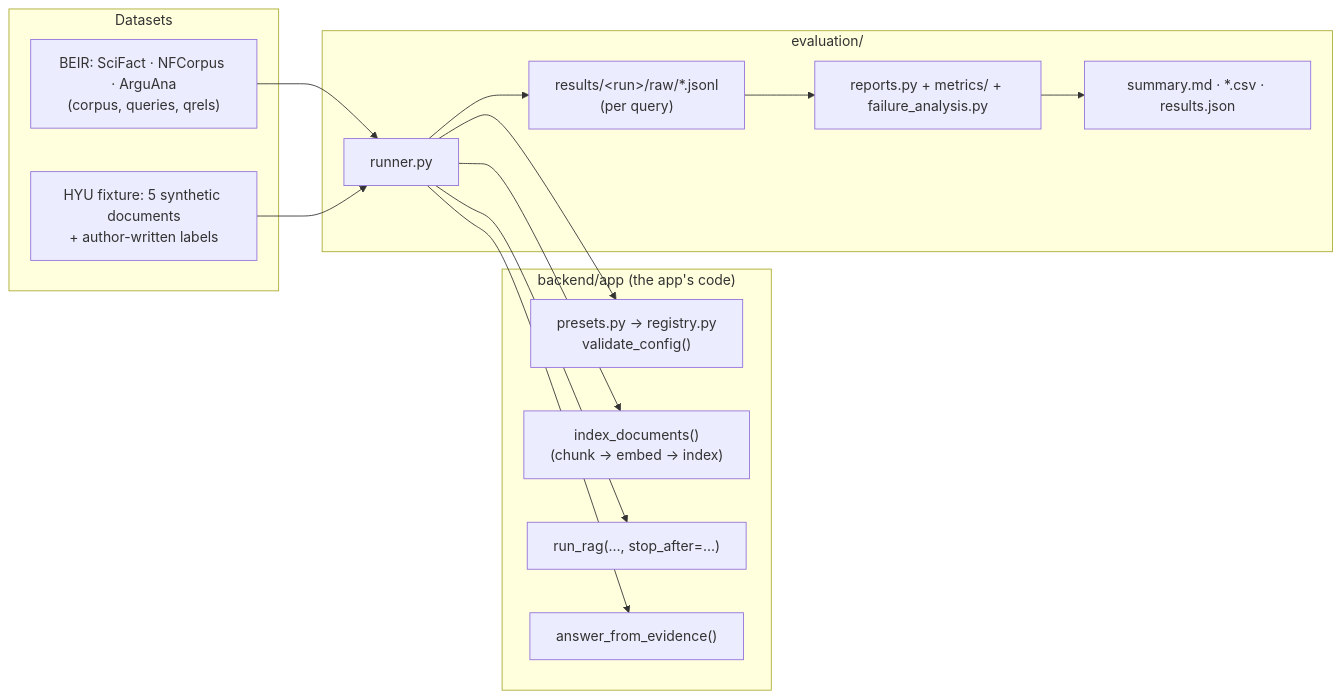
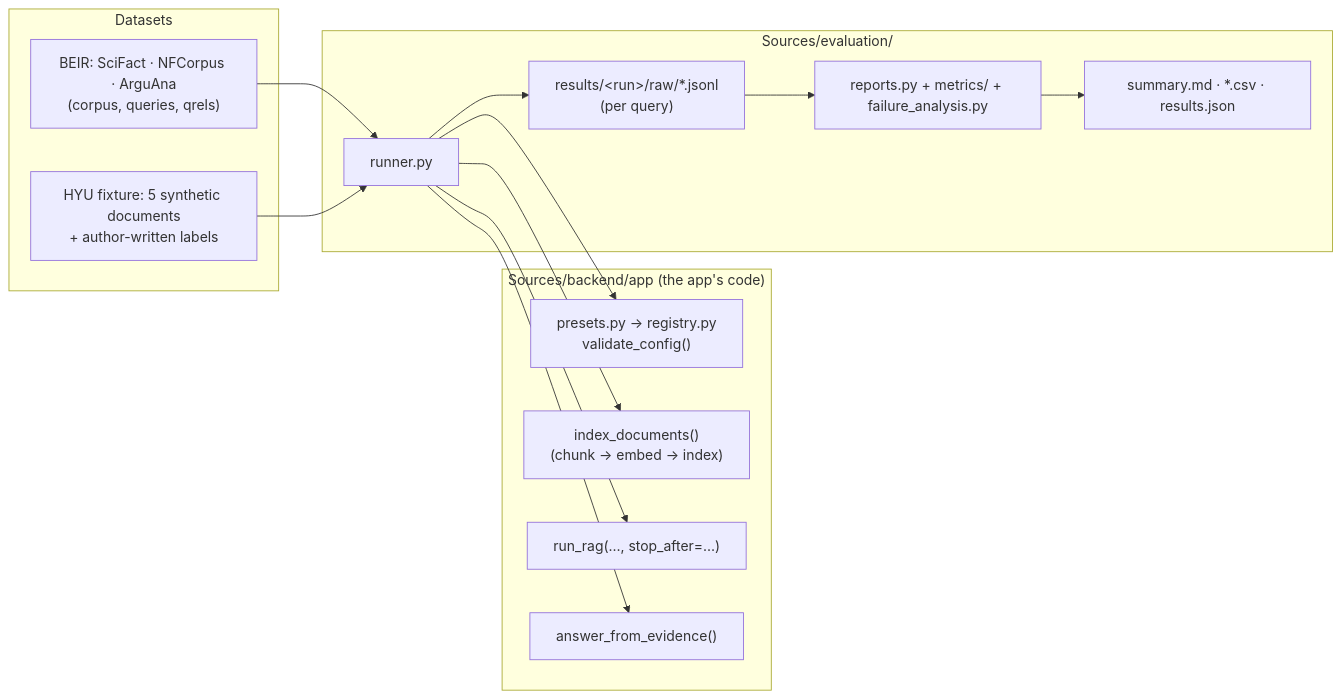
Before and after one commit to Jackson2706/RAG-Project-G5-HYU-E: the diagram in Sources/docs/06_BENCHMARK_AND_EVALUATION.md, drawn with Mermaid. The commit also changed other lines of this file and 34 other files, not shown here.

````diff
--- a/Sources/docs/06_BENCHMARK_AND_EVALUATION.md
+++ b/Sources/docs/06_BENCHMARK_AND_EVALUATION.md
@@ -16,24 +16,24 @@
 ```mermaid
 flowchart LR
   subgraph data["Datasets"]
     B["BEIR: SciFact · NFCorpus · ArguAna<br/>(corpus, queries, qrels)"]
     F["HYU fixture: 5 synthetic documents<br/>+ author-written labels"]
   end
-  subgraph app["backend/app (the app's code)"]
+  subgraph app["Sources/backend/app (the app's code)"]
     P["presets.py → registry.py<br/>validate_config()"]
     I["index_documents()<br/>(chunk → embed → index)"]
     R["run_rag(…, stop_after=…)"]
     A["answer_from_evidence()"]
   end
-  subgraph eval["evaluation/"]
+  subgraph eval["Sources/evaluation/"]
     RUN["runner.py"] --> RAW["results/&lt;run&gt;/raw/*.jsonl<br/>(per query)"]
     RAW --> REP["reports.py + metrics/ + failure_analysis.py"]
     REP --> OUT["summary.md · *.csv · results.json"]
   end
   B --> RUN
   F --> RUN
   RUN --> P
   RUN --> I
   RUN --> R
   RUN --> A
 ```
````
